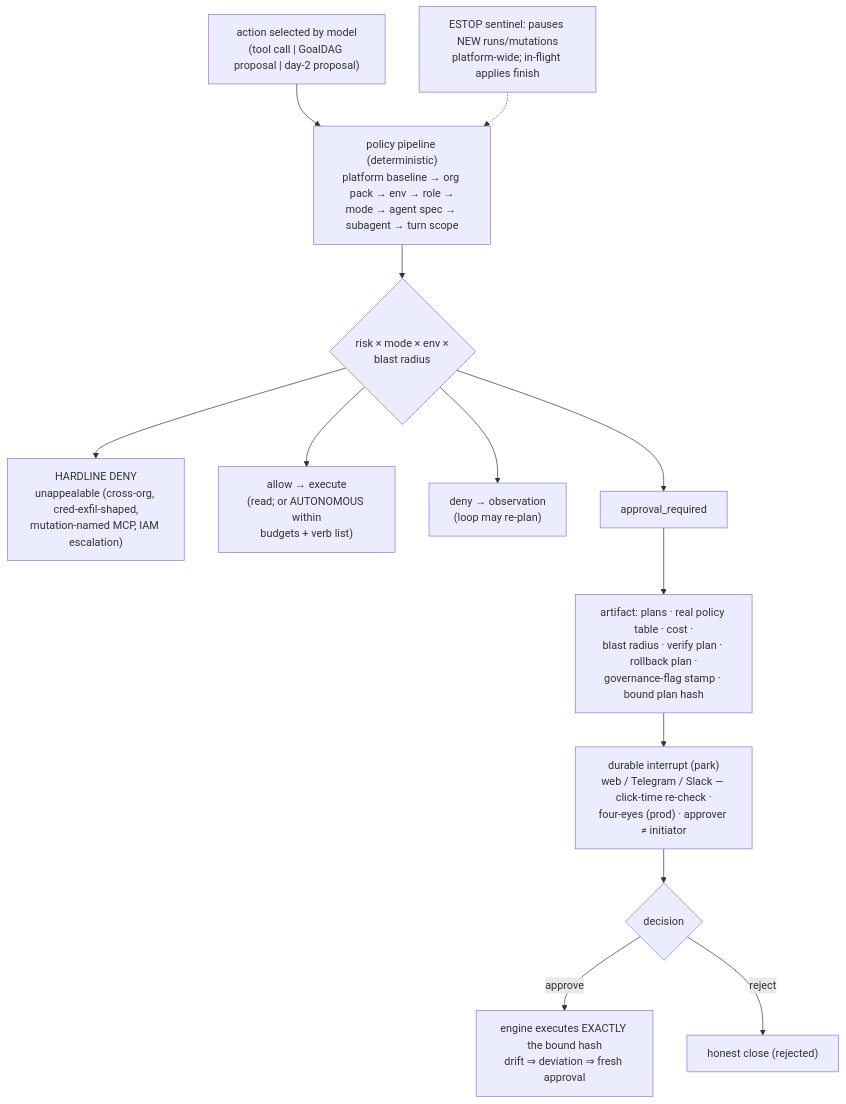
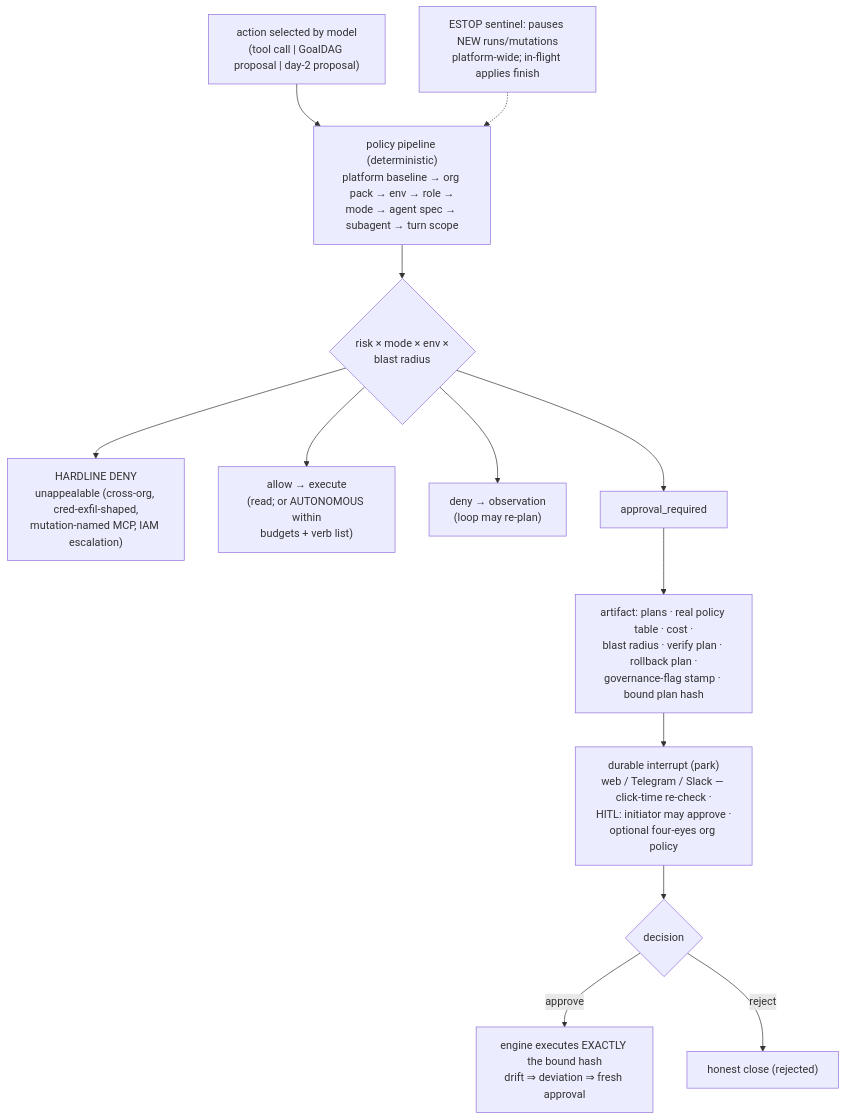
Before and after one commit to Saikumar22042002/AegisOps_AIOPS: the third of 4 diagrams in Redesign/04-Agent-Harness-Specification.md, drawn with Mermaid. The commit also changed other lines of this file and 18 other files, not shown here.

````diff
--- a/Redesign/04-Agent-Harness-Specification.md
+++ b/Redesign/04-Agent-Harness-Specification.md
@@ -340,24 +342,24 @@
 ```mermaid
 flowchart TB
     ACT["action selected by model<br/>(tool call | GoalDAG proposal | day-2 proposal)"]
     PIPE["policy pipeline (deterministic)<br/>platform baseline → org pack → env → role →<br/>mode → agent spec → subagent → turn scope"]
     RISK{"risk × mode × env ×<br/>blast radius"}
     HARD["HARDLINE DENY<br/>unappealable (cross-org, cred-exfil-shaped,<br/>mutation-named MCP, IAM escalation)"]
     ALLOW["allow → execute<br/>(read; or AUTONOMOUS within<br/>budgets + verb list)"]
     DENY["deny → observation<br/>(loop may re-plan)"]
     APPR["approval_required"]
     ART["artifact: plans · real policy table · cost ·<br/>blast radius · verify plan · rollback plan ·<br/>governance-flag stamp · bound plan hash"]
-    INT["durable interrupt (park)<br/>web / Telegram / Slack — click-time re-check ·<br/>four-eyes (prod) · approver ≠ initiator"]
+    INT["durable interrupt (park)<br/>web / Telegram / Slack — click-time re-check ·<br/>HITL: initiator may approve ·<br/>optional four-eyes org policy"]
     DEC{decision}
     EXECG["engine executes EXACTLY the bound hash<br/>drift ⇒ deviation ⇒ fresh approval"]
     REJ["honest close (rejected)"]
     ESTOP["ESTOP sentinel: pauses NEW runs/mutations<br/>platform-wide; in-flight applies finish"]
     ACT --> PIPE --> RISK
     RISK --> HARD
     RISK --> ALLOW
     RISK --> DENY
     RISK --> APPR --> ART --> INT --> DEC
     DEC -- approve --> EXECG
     DEC -- reject --> REJ
     ESTOP -.-> PIPE
 ```
````
